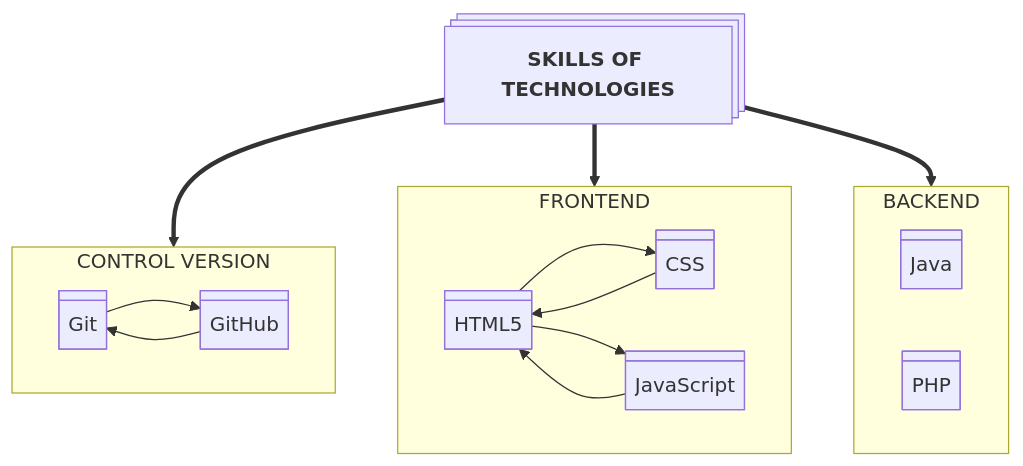
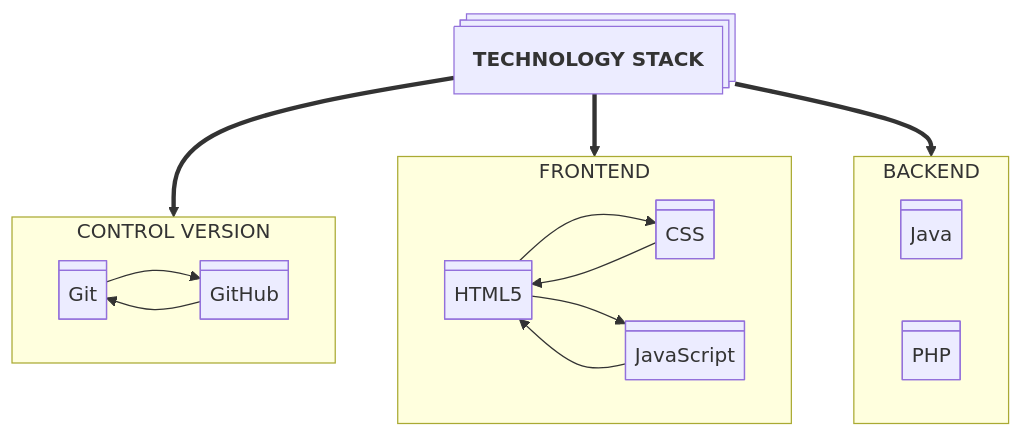
One commit to akoykov/akoykov changed the diagram in README.md. Above: the diagram before and after it, drawn with Mermaid.

Commit message:
fix: correct name of tree

````diff
--- a/README.md
+++ b/README.md
@@ -18,44 +18,44 @@
 ```mermaid
 %% START SCRIPT
 graph TD
 %% DEFINE
 
-  ROOT@{shape: processes, label: "**SKILLS OF TECHNOLOGIES**"}
+  ROOT@{shape: processes, label: "**TECHNOLOGY STACK**"}
   
   git@{shape: div-rect, label: "Git"}
   github@{shape: div-rect, label: "GitHub"}
 
   html@{shape: div-rect, label: "HTML5"}
   css@{shape: div-rect, label: "CSS"}
   js@{shape: div-rect, label: "JavaScript"}
 
   java@{shape: div-rect, label: "Java"}
   php@{shape: div-rect, label: "PHP"}
 
 %% END DEFINE
 %% LOGICS
 
   ROOT ==> CTR_VER
     subgraph CTR_VER [CONTROL VERSION]
       git --> github 
       github --> git
     end
 
   ROOT ==> FRONTEND
     subgraph FRONTEND [FRONTEND]
       css --> html 
       html --> css
 
       html --> js
       js --> html
     end
 
   ROOT ==> BACKEND
     subgraph BACKEND [BACKEND]
       java
       php
     end
 
 %% END LOGICS
 %% END SCRIPT
 ```
````
